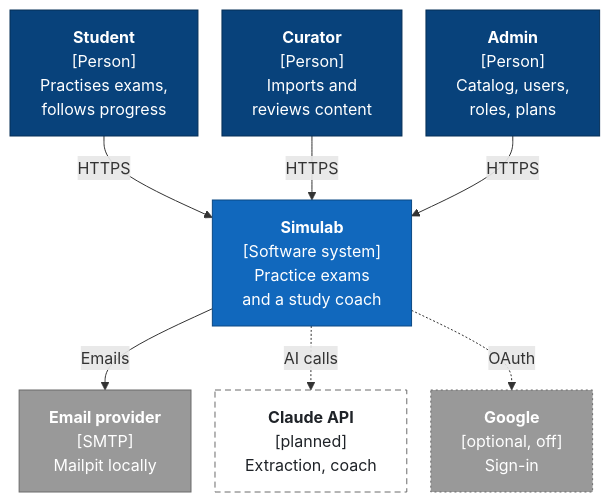
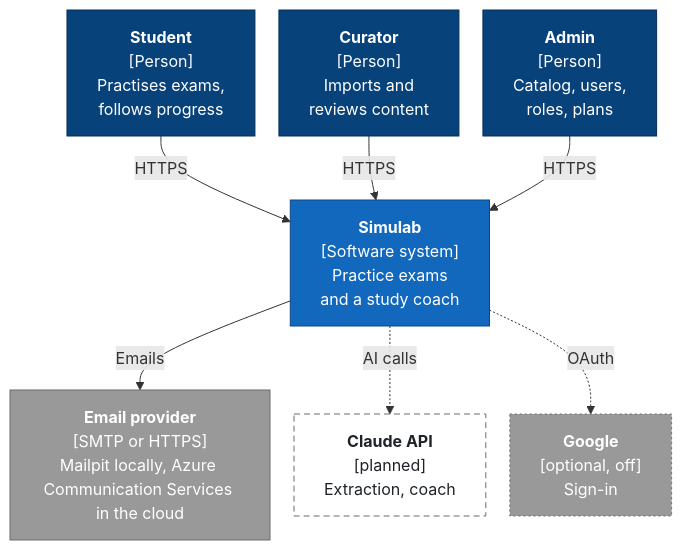
The first of 2 diagrams in docs/architecture-overview.md (alexcanario/simulab), drawn with Mermaid before and after one commit. The commit also changed other lines of this file and 10 other files, not shown here.

````diff
--- a/docs/architecture-overview.md
+++ b/docs/architecture-overview.md
@@ -12,27 +12,27 @@
 ```mermaid
 %%{init: {"flowchart": {"nodeSpacing": 24, "rankSpacing": 40}}}%%
 flowchart TB
     student["<b>Student</b><br/>[Person]<br/>Practises exams,<br/>follows progress"]
     curator["<b>Curator</b><br/>[Person]<br/>Imports and<br/>reviews content"]
     admin["<b>Admin</b><br/>[Person]<br/>Catalog, users,<br/>roles, plans"]
     simulab["<b>Simulab</b><br/>[Software system]<br/>Practice exams<br/>and a study coach"]
-    email["<b>Email provider</b><br/>[SMTP]<br/>Mailpit locally"]
+    email["<b>Email provider</b><br/>[SMTP or HTTPS]<br/>Mailpit locally, Azure Communication Services in the cloud"]
     claude["<b>Claude API</b><br/>[planned]<br/>Extraction, coach"]
     google["<b>Google</b><br/>[optional, off]<br/>Sign-in"]
     student -- "HTTPS" --> simulab
     curator -- "HTTPS" --> simulab
     admin -- "HTTPS" --> simulab
     simulab -- "Emails" --> email
     simulab -. "AI calls" .-> claude
     simulab -. "OAuth" .-> google
     classDef person fill:#08427b,stroke:#052e56,color:#fff
     classDef system fill:#1168bd,stroke:#0b4884,color:#fff
     classDef external fill:#999999,stroke:#6b6b6b,color:#fff
     classDef planned fill:#fff,stroke:#6b6b6b,color:#1f2328,stroke-dasharray:6 4
     classDef optional fill:#999999,stroke:#6b6b6b,color:#fff,stroke-dasharray:2 3
     class student,curator,admin person
     class simulab system
     class email external
     class claude planned
     class google optional
 ```
````
